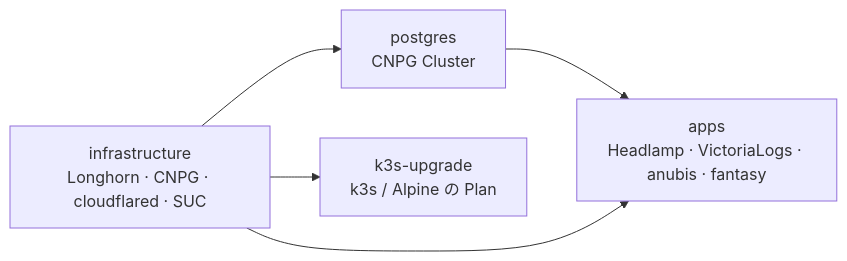
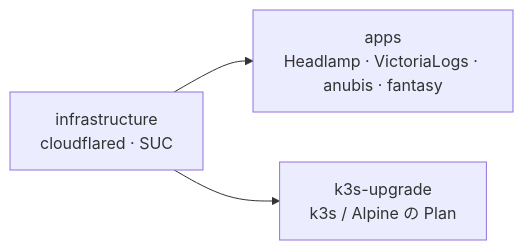
One commit to tsuji-riya/lab changed the second of 3 diagrams in README.md. Above: the diagram before and after it, drawn with Mermaid. The commit also changed other lines of this file and 29 other files, not shown here.

````diff
--- a/README.md
+++ b/README.md
@@ -72,10 +72,8 @@
 ```mermaid
 flowchart LR
-    infra["infrastructure<br/>Longhorn · CNPG · cloudflared · SUC"]
-    pg["postgres<br/>CNPG Cluster"]
+    infra["infrastructure<br/>cloudflared · SUC"]
     apps["apps<br/>Headlamp · VictoriaLogs · anubis · fantasy"]
     up["k3s-upgrade<br/>k3s / Alpine の Plan"]
-    infra --> pg --> apps
     infra --> apps
     infra --> up
 ```
````
